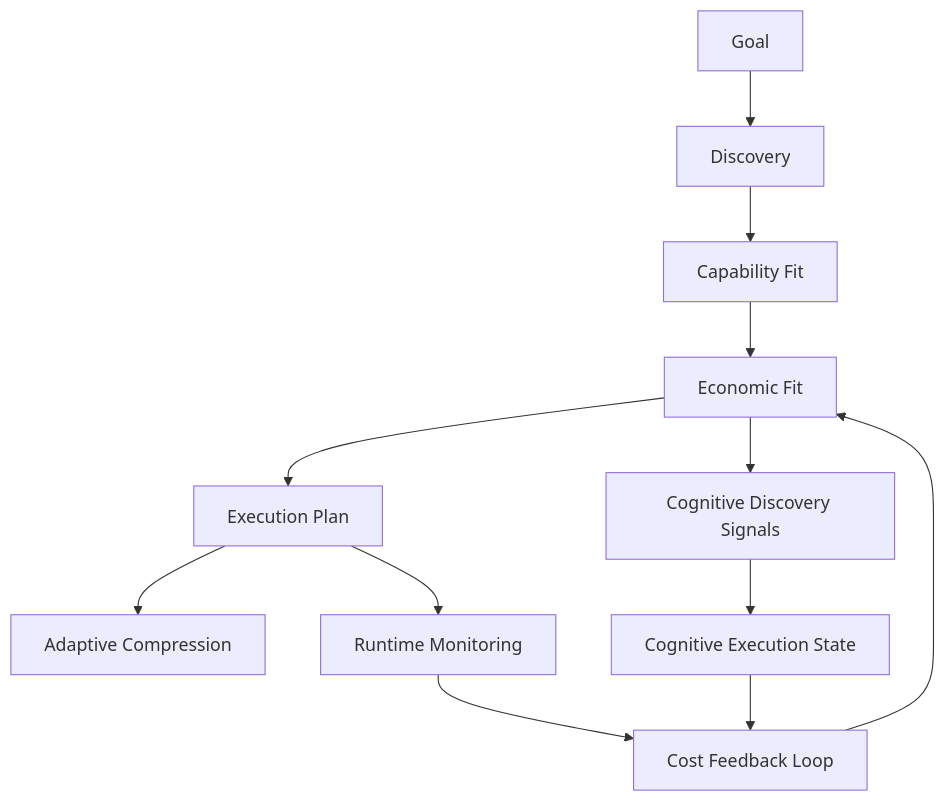
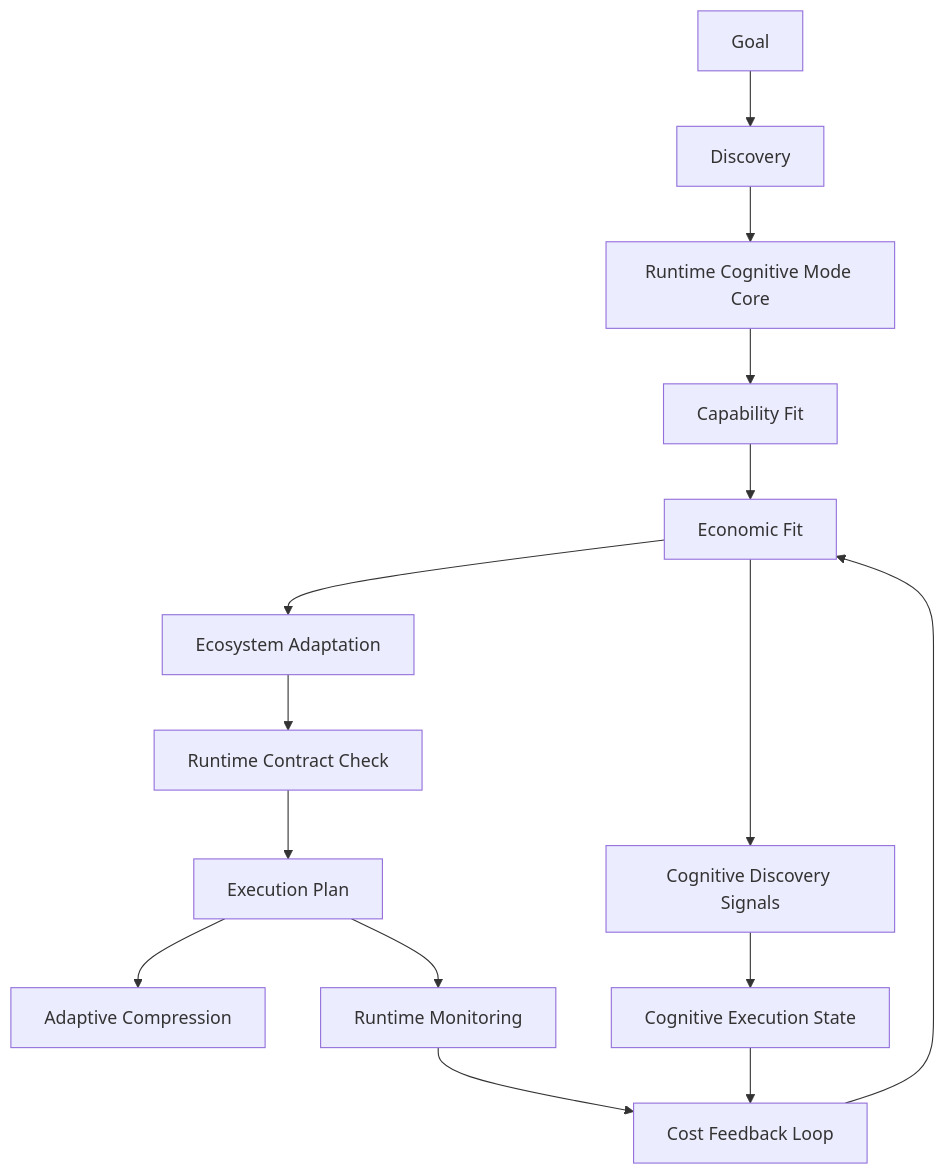
Before and after one commit to linyihong/ai-skill: the diagram in plans/active/2026-05-27-1557-tool-runtime-signal-economics-integration.md, drawn with Mermaid. The commit also changed other lines of this file, not shown here.

First line of the commit message:
docs(plans): split cognitive core from adaptation layer

````diff
--- a/plans/active/2026-05-27-1557-tool-runtime-signal-economics-integration.md
+++ b/plans/active/2026-05-27-1557-tool-runtime-signal-economics-integration.md
@@ -169,14 +187,17 @@
 ```mermaid
 flowchart TD
   goal["Goal"] --> discovery["Discovery"]
-  discovery --> capabilityFit["Capability Fit"]
+  discovery --> runtimeCore["Runtime Cognitive Mode Core"]
+  runtimeCore --> capabilityFit["Capability Fit"]
   capabilityFit --> economicFit["Economic Fit"]
-  economicFit --> executionPlan["Execution Plan"]
+  economicFit --> adaptation["Ecosystem Adaptation"]
+  adaptation --> runtimeGuard["Runtime Contract Check"]
+  runtimeGuard --> executionPlan["Execution Plan"]
   executionPlan --> adaptiveCompression["Adaptive Compression"]
   executionPlan --> runtimeMonitoring["Runtime Monitoring"]
   runtimeMonitoring --> feedbackLoop["Cost Feedback Loop"]
   feedbackLoop --> economicFit
   economicFit --> cognitiveDiscovery["Cognitive Discovery Signals"]
   cognitiveDiscovery --> cognitiveState["Cognitive Execution State"]
   cognitiveState --> feedbackLoop
 ```
````
